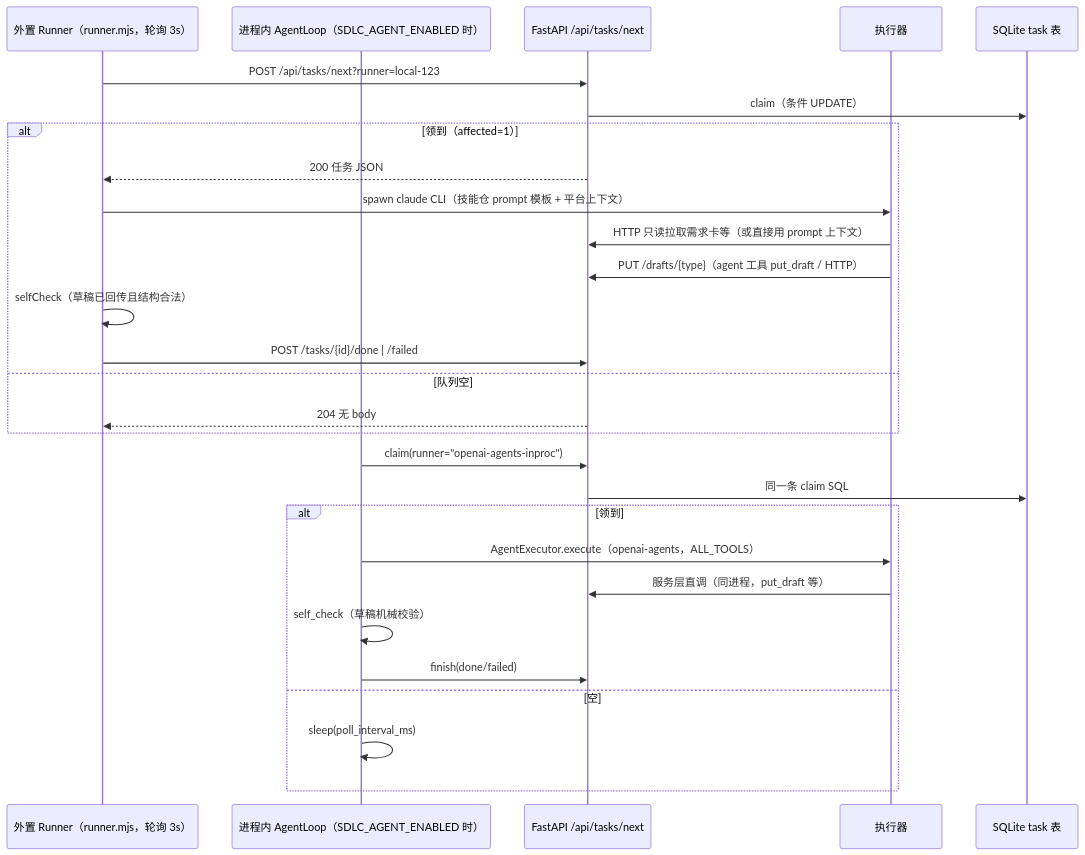
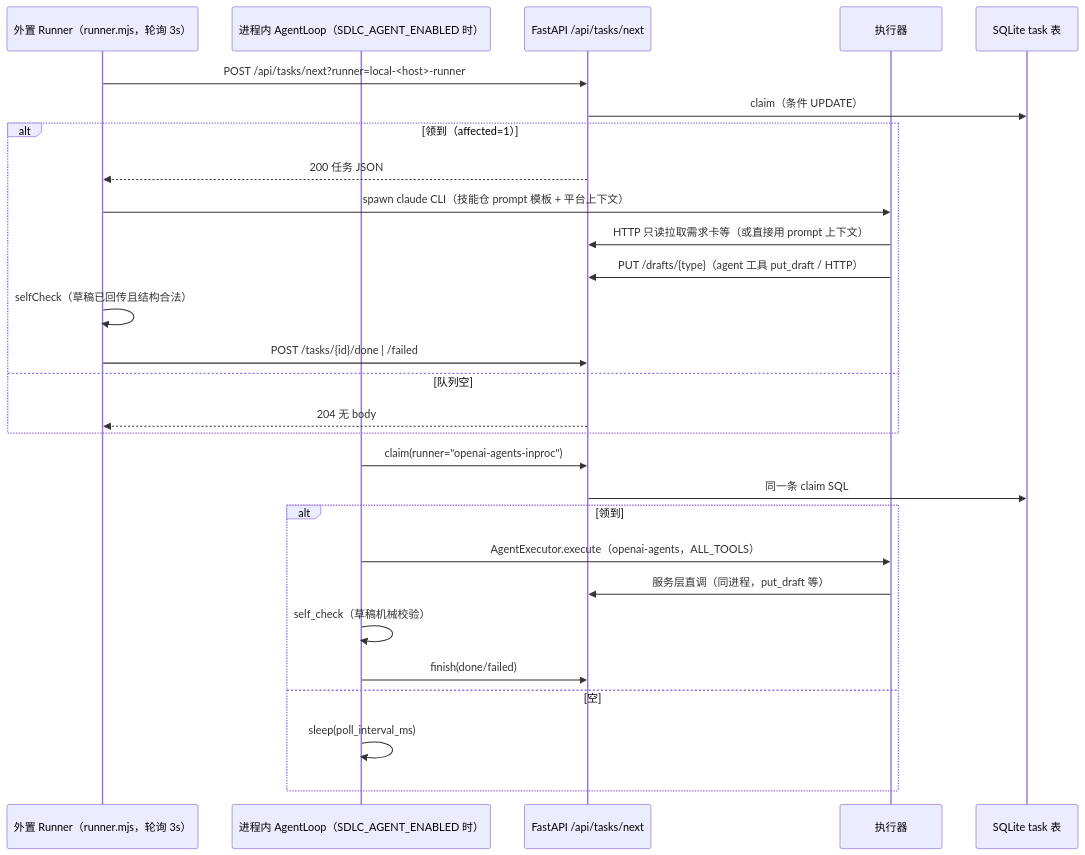
The sixth of 10 diagrams in docs/ER图与业务流程.md (TsCarpe/sdlc-platform-server), drawn with Mermaid before and after one commit. The commit also changed other lines of this file and 38 other files, not shown here.

````diff
--- a/docs/ER图与业务流程.md
+++ b/docs/ER图与业务流程.md
@@ -421,31 +425,31 @@
 ```mermaid
 sequenceDiagram
     participant R as 外置 Runner（runner.mjs，轮询 3s）
     participant A as 进程内 AgentLoop（SDLC_AGENT_ENABLED 时）
     participant API as FastAPI /api/tasks/next
     participant EXE as 执行器
     participant DB as SQLite task 表
 
-    R->>API: POST /api/tasks/next?runner=local-123
+    R->>API: POST /api/tasks/next?runner=local-<host>-runner
     API->>DB: claim（条件 UPDATE）
     alt 领到（affected=1）
         API-->>R: 200 任务 JSON
         R->>EXE: spawn claude CLI（技能仓 prompt 模板 + 平台上下文）
         EXE->>API: HTTP 只读拉取需求卡等（或直接用 prompt 上下文）
         EXE->>API: PUT /drafts/{type}（agent 工具 put_draft / HTTP）
         R->>R: selfCheck（草稿已回传且结构合法）
         R->>API: POST /tasks/{id}/done | /failed
     else 队列空
         API-->>R: 204 无 body
     end
     A->>API: claim(runner="openai-agents-inproc")
     API->>DB: 同一条 claim SQL
     alt 领到
         A->>EXE: AgentExecutor.execute（openai-agents，ALL_TOOLS）
         EXE->>API: 服务层直调（同进程，put_draft 等）
         A->>A: self_check（草稿机械校验）
         A->>API: finish(done/failed)
     else 空
         A->>A: sleep(poll_interval_ms)
     end
 ```
````
